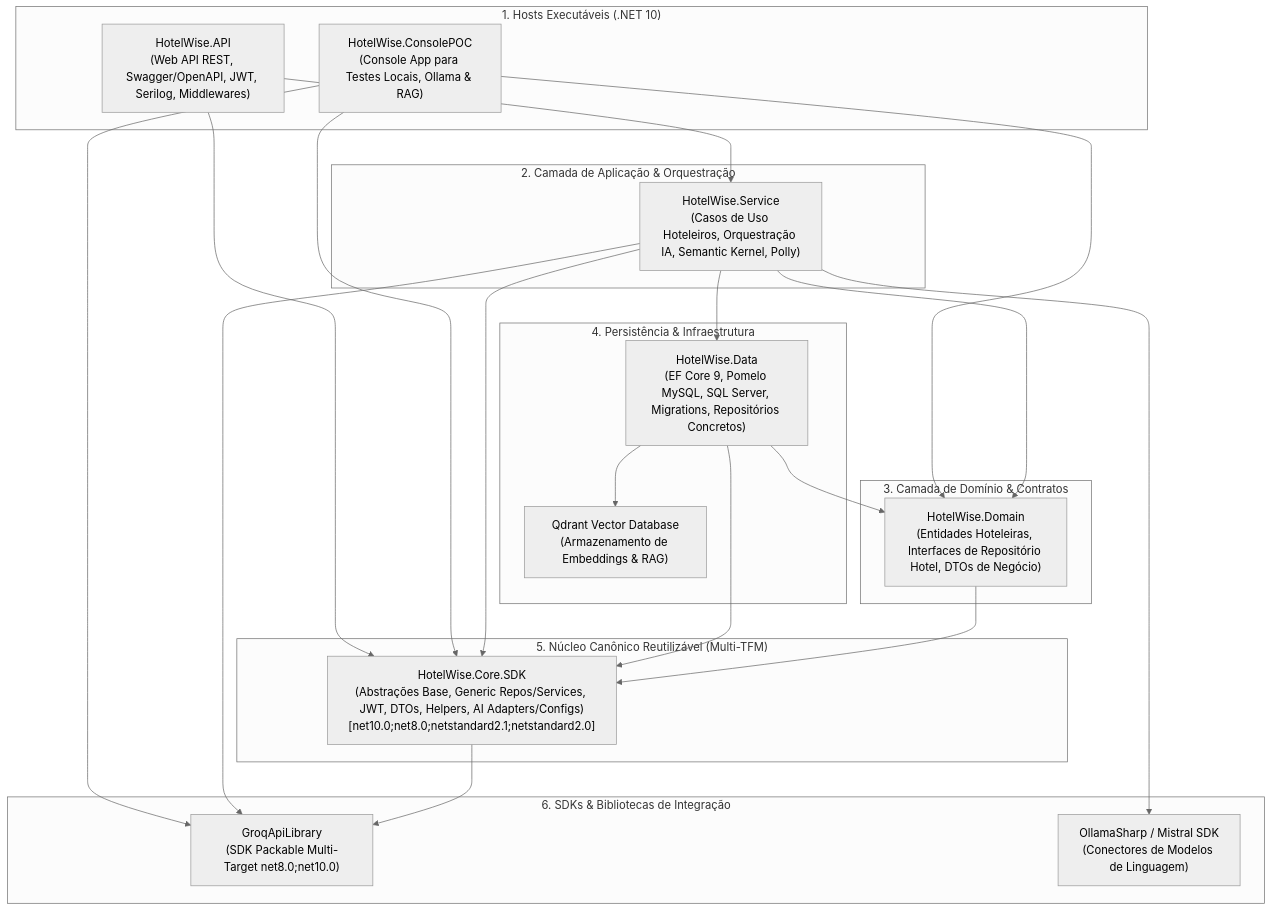
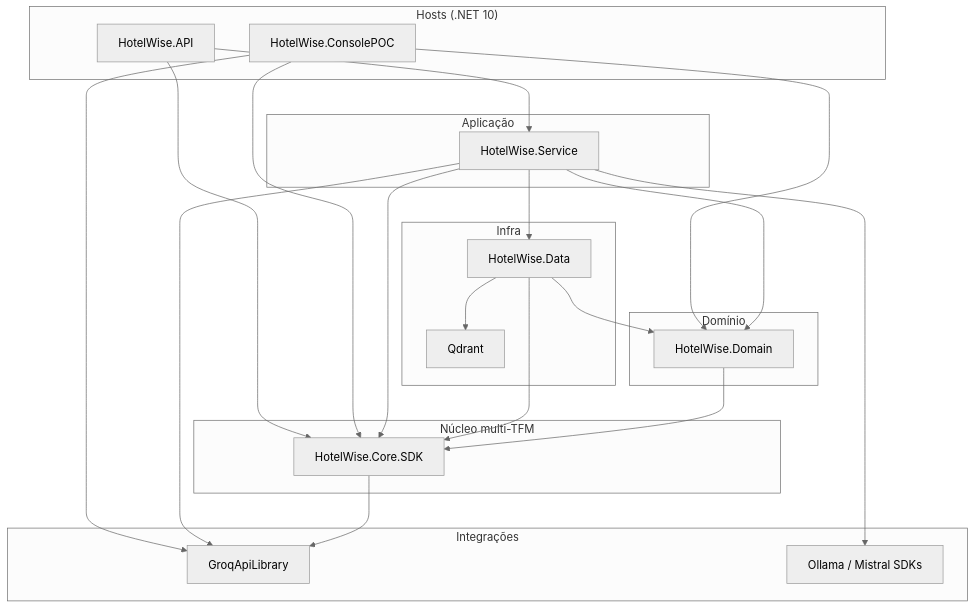
Before and after one commit to LeoneRocha/HotelWiseAPI: the diagram in DOCUMENTACAO/COVERAGE AND TEST/Diretrizes-CodeSmell-Backend-HotelWise.md, drawn with Mermaid (neutral theme). The commit also changed other lines of this file and 5 other files, not shown here.

````diff
--- a/DOCUMENTACAO/COVERAGE AND TEST/Diretrizes-CodeSmell-Backend-HotelWise.md
+++ b/DOCUMENTACAO/COVERAGE AND TEST/Diretrizes-CodeSmell-Backend-HotelWise.md
@@ -16,45 +16,45 @@
 ```mermaid
 flowchart TD
-    subgraph HostExecutavel["1. Hosts Executáveis (.NET 10)"]
-        API["HotelWise.API\n(Web API REST, Swagger/OpenAPI, JWT, Serilog, Middlewares)"]
-        ConsolePOC["HotelWise.ConsolePOC\n(Console App para Testes Locais, Ollama & RAG)"]
+    subgraph Hosts["Hosts (.NET 10)"]
+        API["HotelWise.API"]
+        ConsolePOC["HotelWise.ConsolePOC"]
     end
 
-    subgraph CamadaServico["2. Camada de Aplicação & Orquestração"]
-        Service["HotelWise.Service\n(Casos de Uso Hoteleiros, Orquestração IA, Semantic Kernel, Polly)"]
+    subgraph App["Aplicação"]
+        Service["HotelWise.Service"]
     end
 
-    subgraph CamadaDominio["3. Camada de Domínio & Contratos"]
-        Domain["HotelWise.Domain\n(Entidades Hoteleiras, Interfaces de Repositório Hotel, DTOs de Negócio)"]
+    subgraph Dom["Domínio"]
+        Domain["HotelWise.Domain"]
     end
 
-    subgraph CamadaDados["4. Persistência & Infraestrutura"]
-        Data["HotelWise.Data\n(EF Core 9, Pomelo MySQL, SQL Server, Migrations, Repositórios Concretos)"]
-        QdrantStore["Qdrant Vector Database\n(Armazenamento de Embeddings & RAG)"]
+    subgraph Infra["Infra"]
+        Data["HotelWise.Data"]
+        Qdrant["Qdrant"]
     end
 
-    subgraph CoreTransversal["5. Núcleo Canônico Reutilizável (Multi-TFM)"]
-        CoreSDK["HotelWise.Core.SDK\n(Abstrações Base, Generic Repos/Services, JWT, DTOs, Helpers, AI Adapters/Configs)\n[net10.0;net8.0;netstandard2.1;netstandard2.0]"]
+    subgraph Core["Núcleo multi-TFM"]
+        CoreSDK["HotelWise.Core.SDK"]
     end
 
-    subgraph SDKsIntegracoes["6. SDKs & Bibliotecas de Integração"]
-        GroqLib["GroqApiLibrary\n(SDK Packable Multi-Target net8.0;net10.0)"]
-        OllamaConn["OllamaSharp / Mistral SDK\n(Conectores de Modelos de Linguagem)"]
+    subgraph Ext["Integrações"]
+        Groq["GroqApiLibrary"]
+        LLM["Ollama / Mistral SDKs"]
     end
 
     API --> Service
     API --> CoreSDK
     ConsolePOC --> Domain
     ConsolePOC --> CoreSDK
-    ConsolePOC --> GroqLib
+    ConsolePOC --> Groq
     Service --> Domain
     Service --> Data
     Service --> CoreSDK
-    Service --> GroqLib
-    Service --> OllamaConn
+    Service --> Groq
+    Service --> LLM
     Data --> Domain
     Data --> CoreSDK
-    Data --> QdrantStore
+    Data --> Qdrant
     Domain --> CoreSDK
-    CoreSDK --> GroqLib
+    CoreSDK --> Groq
 ```
````
